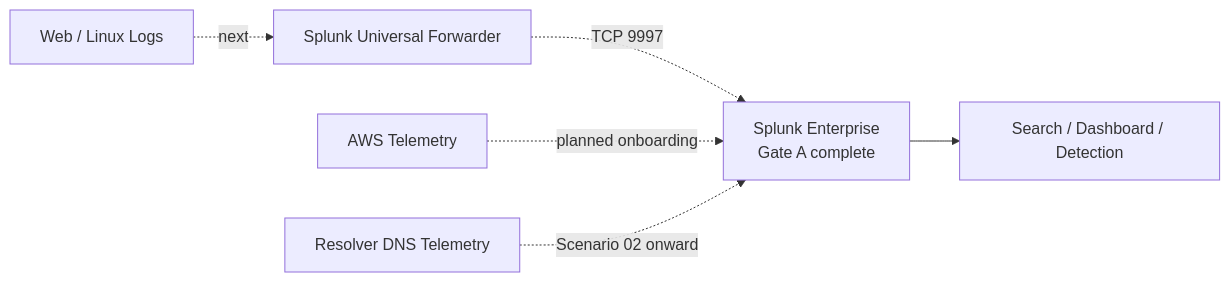
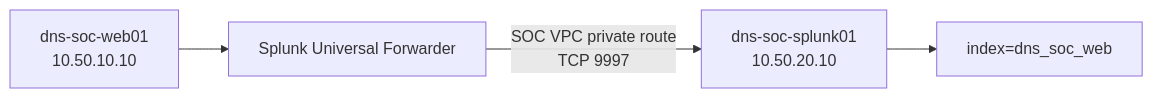
The third of 4 diagrams in 01-network-architecture/traffic-flow.md (DNS-SOC-Lab/DNS-Lab-Infrastructure), drawn with Mermaid before and after one commit. The commit also changed other lines of this file and 2 other files, not shown here.

Commit message:
docs(network): map the telemetry paths

````diff
--- a/01-network-architecture/traffic-flow.md
+++ b/01-network-architecture/traffic-flow.md
@@ -58,9 +58,11 @@
 ```mermaid
 flowchart LR
-    W[Web / Linux Logs] -. next .-> UF[Splunk Universal Forwarder]
-    UF -. TCP 9997 .-> S[Splunk Enterprise
-Gate A complete]
-    AWS[AWS Telemetry] -. planned onboarding .-> S
-    DNS[Resolver DNS Telemetry] -. Scenario 02 onward .-> S
-    S --> D[Search / Dashboard / Detection]
+    W[dns-soc-web01<br/>10.50.10.10]
+    UF[Splunk Universal Forwarder]
+    S[dns-soc-splunk01<br/>10.50.20.10]
+    I[index=dns_soc_web]
+
+    W --> UF
+    UF -->|SOC VPC private route<br/>TCP 9997| S
+    S --> I
 ```
````
